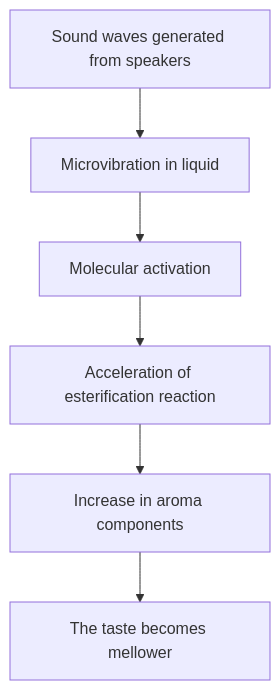
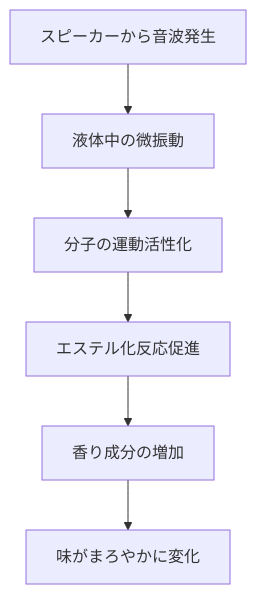
One commit to monumental-movement/monumental-movement.github.io changed the first of 5 diagrams in en/_posts/2025-11-01-column-shochu-sound-aging.md. Above: the diagram before and after it, drawn with Mermaid. The commit also changed other lines of this file and 2196 other files, not shown here.

```diff
--- a/en/_posts/2025-11-01-column-shochu-sound-aging.md
+++ b/en/_posts/2025-11-01-column-shochu-sound-aging.md
@@ -161,11 +160,11 @@
 <div class="mermaid">
 
 graph TD
-A[Sound waves generated from speakers] --> B[Microvibration in liquid]
-B --> C[Molecular activation]
-C --> D[Acceleration of esterification reaction]
-D --> E[Increase in aroma components]
-E --> F[The taste becomes mellower]
+A[スピーカーから音波発生] --> B[液体中の微振動]
+B --> C[分子の運動活性化]
+C --> D[エステル化反応促進]
+D --> E[香り成分の増加]
+E --> F[味がまろやかに変化]
 
 
 </div>
```
